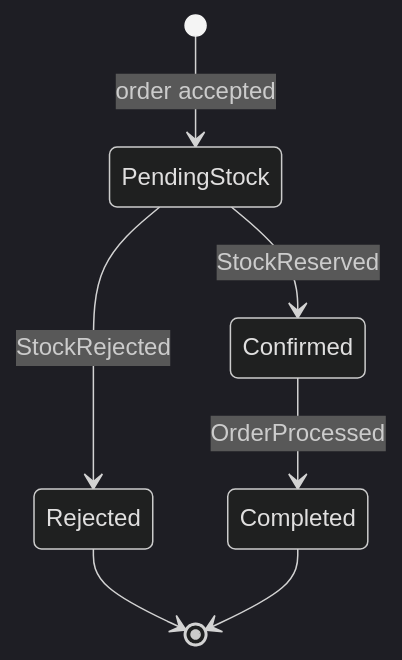
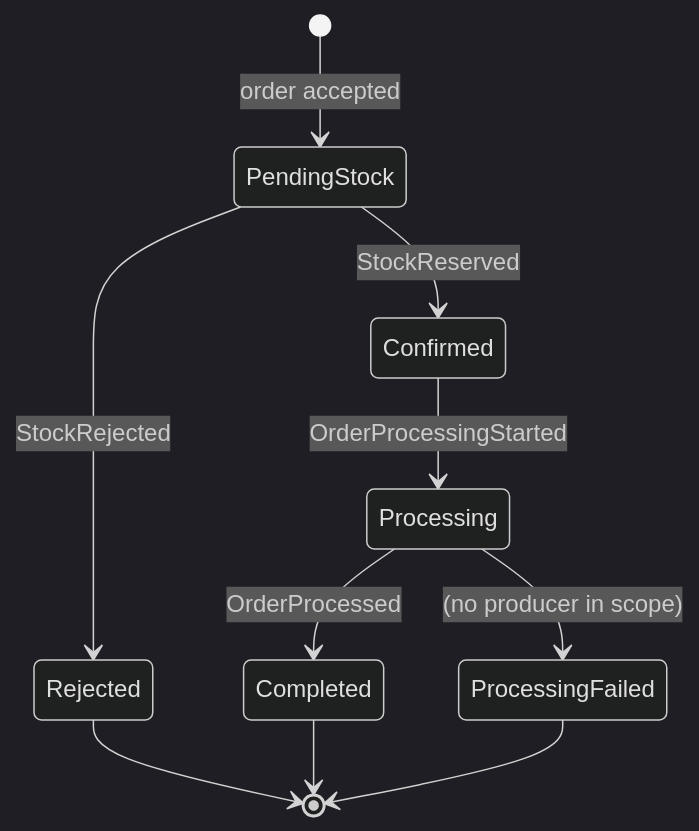
The diagram in docs/order-state-machine.md (VuTanMinh/flash-sale-microservices), drawn with Mermaid (dark theme) before and after one commit. The commit also changed other lines of this file and 2 other files, not shown here.

First line of the commit message:
docs: adopt teacher's six-state order model (Week 1 state-model checkbox)

````diff
--- a/docs/order-state-machine.md
+++ b/docs/order-state-machine.md
@@ -3,9 +5,12 @@
 ```mermaid
 stateDiagram-v2
     [*] --> PendingStock: order accepted
     PendingStock --> Confirmed: StockReserved
     PendingStock --> Rejected: StockRejected
-    Confirmed --> Completed: OrderProcessed
+    Confirmed --> Processing: OrderProcessingStarted
+    Processing --> Completed: OrderProcessed
+    Processing --> ProcessingFailed: (no producer in scope)
     Rejected --> [*]
     Completed --> [*]
+    ProcessingFailed --> [*]
 ```
````
